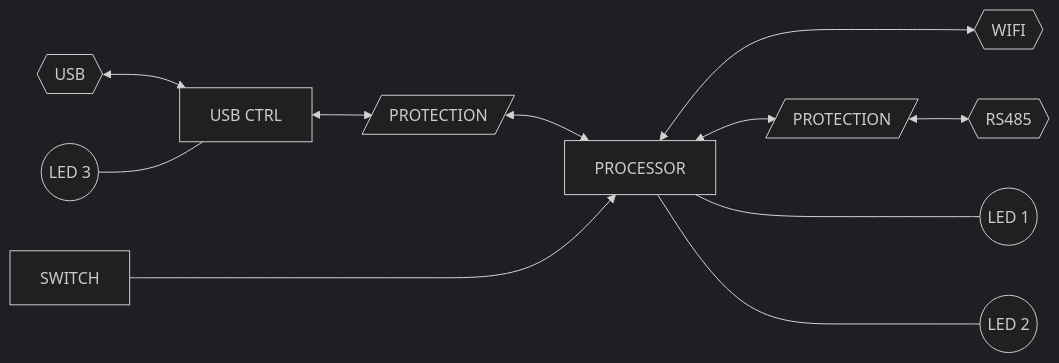
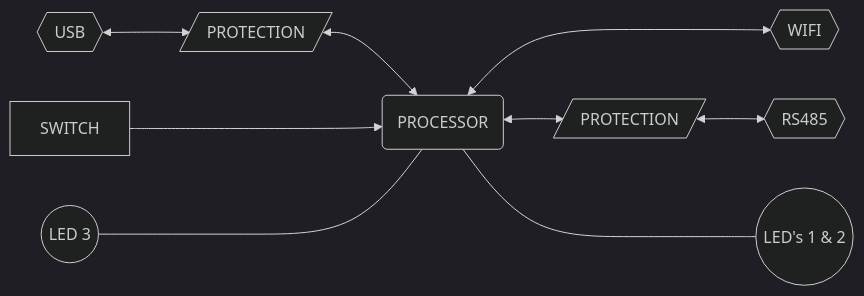
Before and after one commit to AtkinEngineering/interfaceNode-firmware: the diagram in README.md, drawn with Mermaid (dark theme). The commit also changed other lines of this file, not shown here.

````diff
--- a/README.md
+++ b/README.md
@@ -13,13 +13,11 @@
 ```mermaid
 flowchart LR
-    USB{{USB}} <--> USB_CTRL[USB CTRL]
-    LED3((LED 3)) --- USB_CTRL[USB CTRL]
-    USB_CTRL[USB CTRL] <--> PROTECTION1[/PROTECTION/]
-    PROTECTION1[/PROTECTION/] <--> PROCESSOR[PROCESSOR]
-    SWITCH[SWITCH] ----> PROCESSOR[PROCESSOR]
-    PROCESSOR[PROCESSOR] <---> WIFI{{WIFI}}
-    PROCESSOR[PROCESSOR] <--> PROTECTION2[/PROTECTION/]
+    USB{{USB}} <--> PROTECTION1[/PROTECTION/]
+    PROTECTION1[/PROTECTION/] <--> PROCESSOR(PROCESSOR)
+    SWITCH[SWITCH] ---> PROCESSOR(PROCESSOR)
+    LED3((LED 3)) ---- PROCESSOR(PROCESSOR)
+    PROCESSOR(PROCESSOR) <---> WIFI{{WIFI}}
+    PROCESSOR(PROCESSOR) <--> PROTECTION2[/PROTECTION/]
     PROTECTION2[/PROTECTION/] <--> RS485{{RS485}}
-    PROCESSOR[PROCESSOR] ---- LED1((LED 1))
-    PROCESSOR[PROCESSOR] ---- LED2((LED 2))
+    PROCESSOR(PROCESSOR) ---- LED1((LED's 1 & 2))
 ```
````
